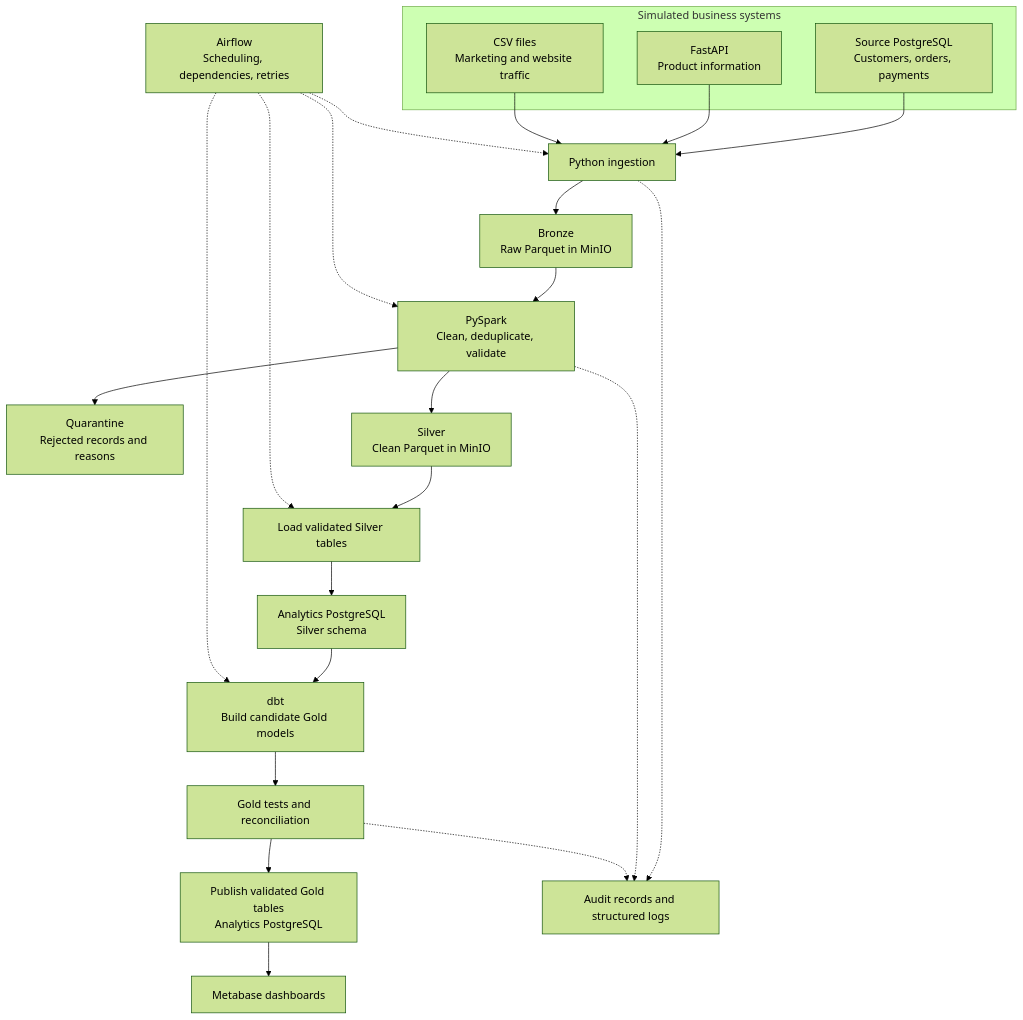
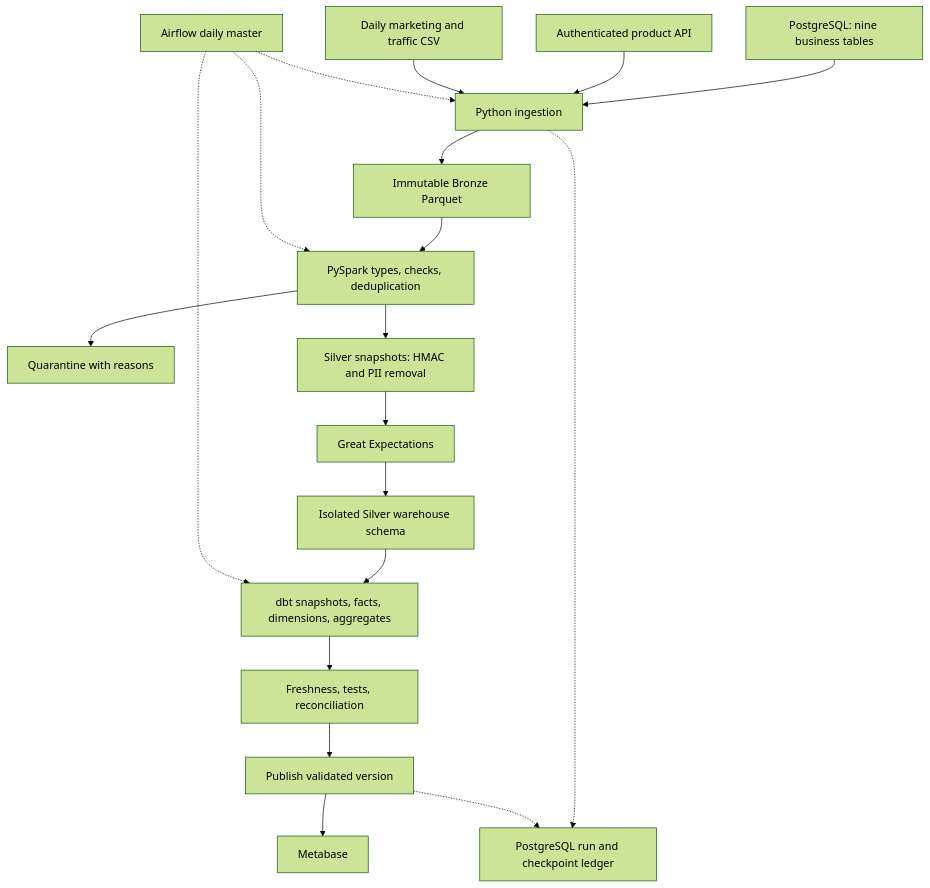
One commit to abhisheksd27/ShopLakehouse changed the first of 2 diagrams in docs/architecture.md. Above: the diagram before and after it, drawn with Mermaid (forest theme). The commit also changed other lines of this file and 143 other files, not shown here.

````diff
--- a/docs/architecture.md
+++ b/docs/architecture.md
@@ -39,36 +9,21 @@
 ```mermaid
 flowchart TD
-    subgraph Sources["Simulated business systems"]
-        PG["Source PostgreSQL<br/>Customers, orders, payments"]
-        API["FastAPI<br/>Product information"]
-        CSV["CSV files<br/>Marketing and website traffic"]
-    end
-
-    PG --> ING["Python ingestion"]
-    API --> ING
-    CSV --> ING
-
-    ING --> BR["Bronze<br/>Raw Parquet in MinIO"]
-    BR --> SP["PySpark<br/>Clean, deduplicate, validate"]
-
-    SP --> QU["Quarantine<br/>Rejected records and reasons"]
-    SP --> SI["Silver<br/>Clean Parquet in MinIO"]
-
-    SI --> LOAD["Load validated Silver tables"]
-    LOAD --> WH["Analytics PostgreSQL<br/>Silver schema"]
-
-    WH --> DBT["dbt<br/>Build candidate Gold models"]
-    DBT --> CHECK["Gold tests and reconciliation"]
-    CHECK --> GOLD["Publish validated Gold tables<br/>Analytics PostgreSQL"]
-    GOLD --> BI["Metabase dashboards"]
-
-    AF["Airflow<br/>Scheduling, dependencies, retries"]
-    AF -.-> ING
-    AF -.-> SP
-    AF -.-> LOAD
-    AF -.-> DBT
-
-    ING -.-> AUDIT["Audit records and structured logs"]
-    SP -.-> AUDIT
-    CHECK -.-> AUDIT
+ PG[PostgreSQL: nine business tables] --> ING[Python ingestion]
+ API[Authenticated product API] --> ING
+ CSV[Daily marketing and traffic CSV] --> ING
+ ING --> BR[Immutable Bronze Parquet]
+ BR --> SP[PySpark types, checks, deduplication]
+ SP --> QU[Quarantine with reasons]
+ SP --> SI[Silver snapshots: HMAC and PII removal]
+ SI --> GX[Great Expectations]
+ GX --> LOAD[Isolated Silver warehouse schema]
+ LOAD --> DBT[dbt snapshots, facts, dimensions, aggregates]
+ DBT --> TEST[Freshness, tests, reconciliation]
+ TEST --> PUB[Publish validated version]
+ PUB --> BI[Metabase]
+ AF[Airflow daily master] -.-> ING
+ AF -.-> SP
+ AF -.-> DBT
+ ING -.-> AUD[PostgreSQL run and checkpoint ledger]
+ PUB -.-> AUD
 ```
````
